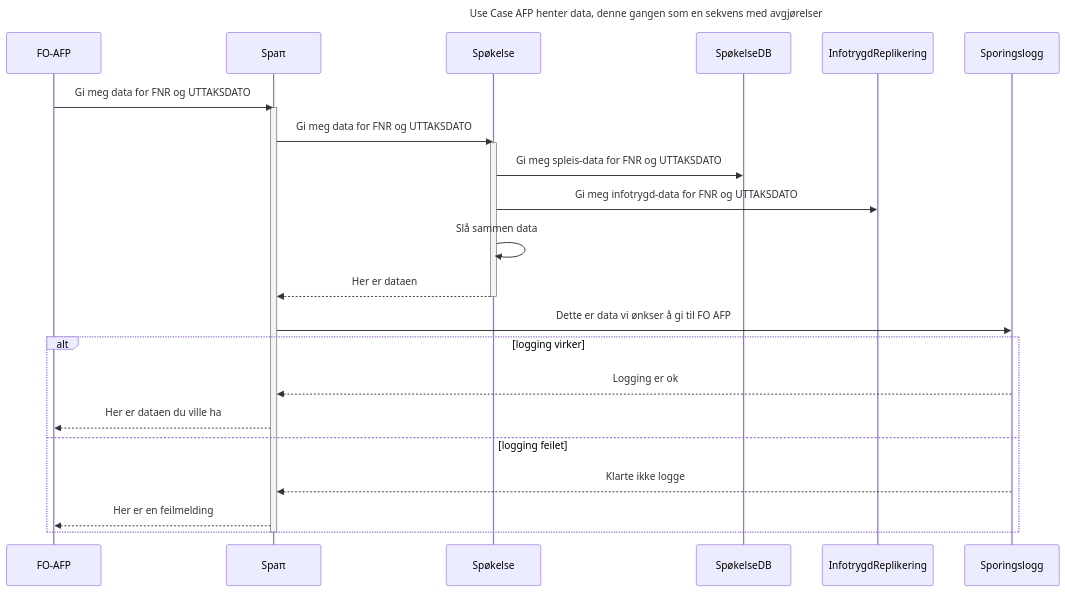
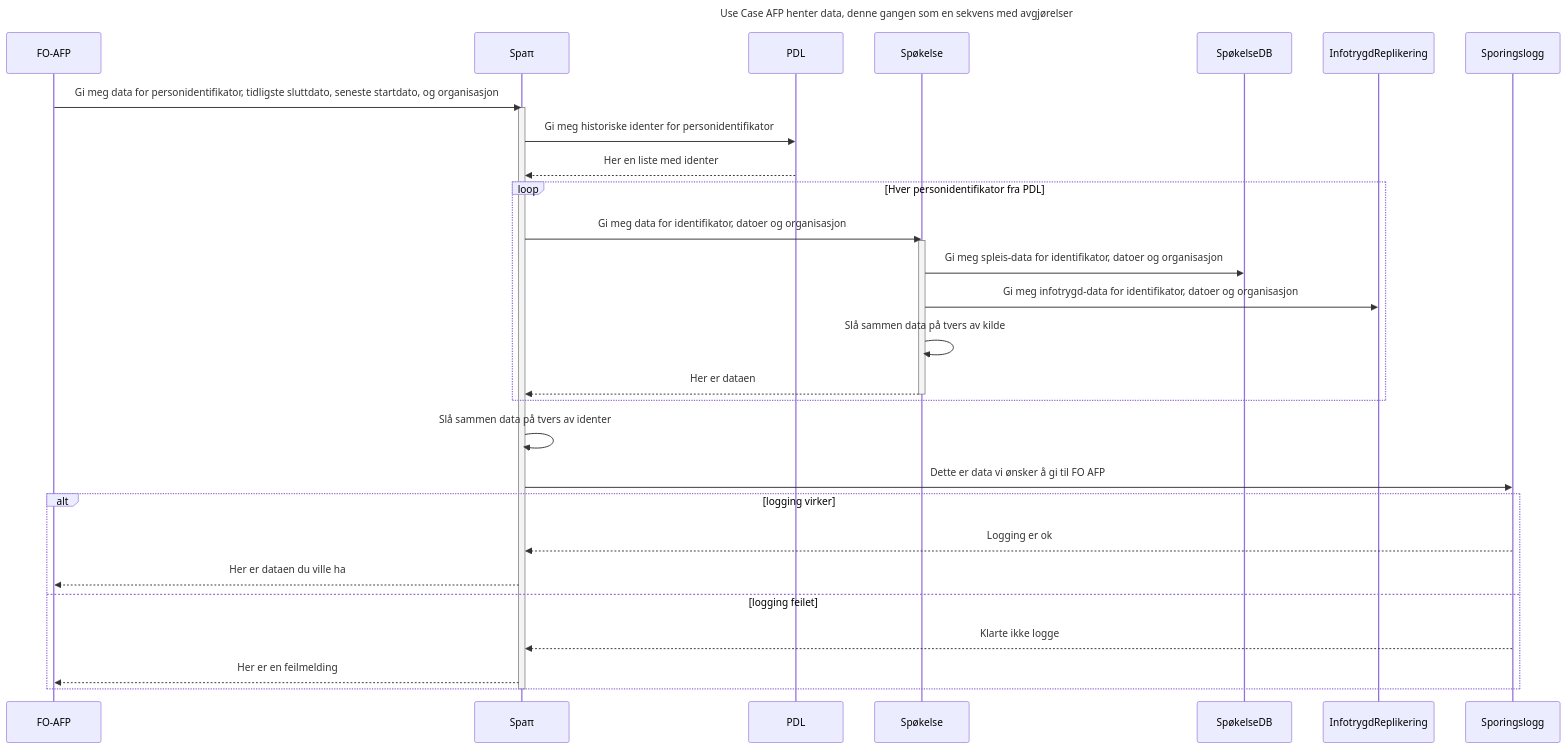
Before and after one commit to navikt/helse-spapi: the fourth of 4 diagrams in README.md, drawn with Mermaid. The commit also changed other lines of this file, not shown here.

Commit message:
mer diagram

````diff
--- a/README.md
+++ b/README.md
@@ -40,24 +44,29 @@
 ```mermaid
 ---
 title: Use Case AFP henter data, denne gangen som en sekvens med avgjørelser
 ---
 sequenceDiagram
-    FO-AFP ->> Spaπ: Gi meg data for FNR og UTTAKSDATO
+    FO-AFP ->> Spaπ: Gi meg data for personidentifikator, tidligste sluttdato, seneste startdato, og organisasjon 
     activate Spaπ
-    Spaπ ->> Spøkelse: Gi meg data for FNR og UTTAKSDATO
+    Spaπ ->> PDL: Gi meg historiske identer for personidentifikator
+    PDL -->> Spaπ: Her en liste med identer
+    loop Hver personidentifikator fra PDL
+    Spaπ ->> Spøkelse: Gi meg data for identifikator, datoer og organisasjon
     activate Spøkelse
-    Spøkelse ->> SpøkelseDB: Gi meg spleis-data for FNR og UTTAKSDATO
-    Spøkelse ->> InfotrygdReplikering: Gi meg infotrygd-data for FNR og UTTAKSDATO
-    Spøkelse ->> Spøkelse: Slå sammen data
+    Spøkelse ->> SpøkelseDB: Gi meg spleis-data for identifikator, datoer og organisasjon
+    Spøkelse ->> InfotrygdReplikering: Gi meg infotrygd-data for identifikator, datoer og organisasjon
+    Spøkelse ->> Spøkelse: Slå sammen data på tvers av kilde
     Spøkelse -->> Spaπ: Her er dataen
     deactivate Spøkelse
-    Spaπ ->> Sporingslogg: Dette er data vi ønkser å gi til FO AFP
+    end
+    Spaπ ->> Spaπ: Slå sammen data på tvers av identer
+    Spaπ ->> Sporingslogg: Dette er data vi ønsker å gi til FO AFP
     alt logging virker
         Sporingslogg -->> Spaπ: Logging er ok
         Spaπ -->> FO-AFP: Her er dataen du ville ha
     else logging feilet
         Sporingslogg -->> Spaπ: Klarte ikke logge
         Spaπ -->> FO-AFP: Her er en feilmelding
     end
     deactivate Spaπ
 ```
````
